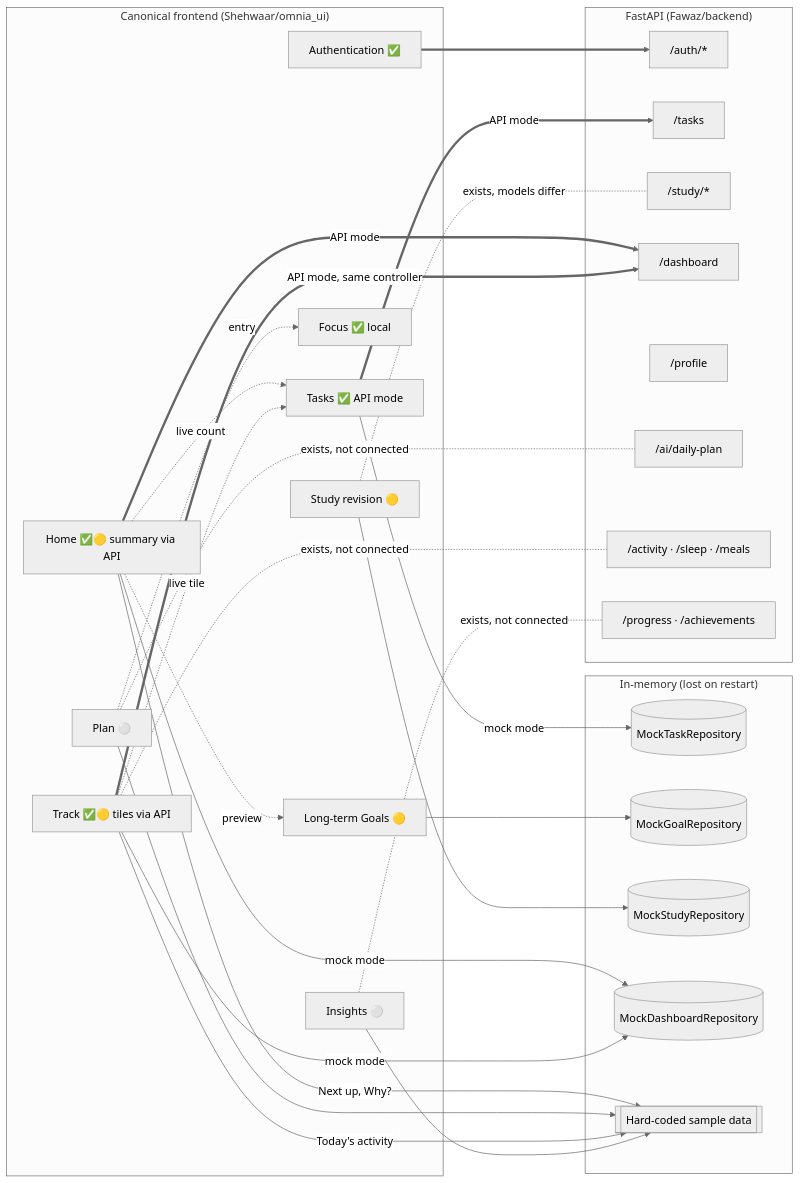
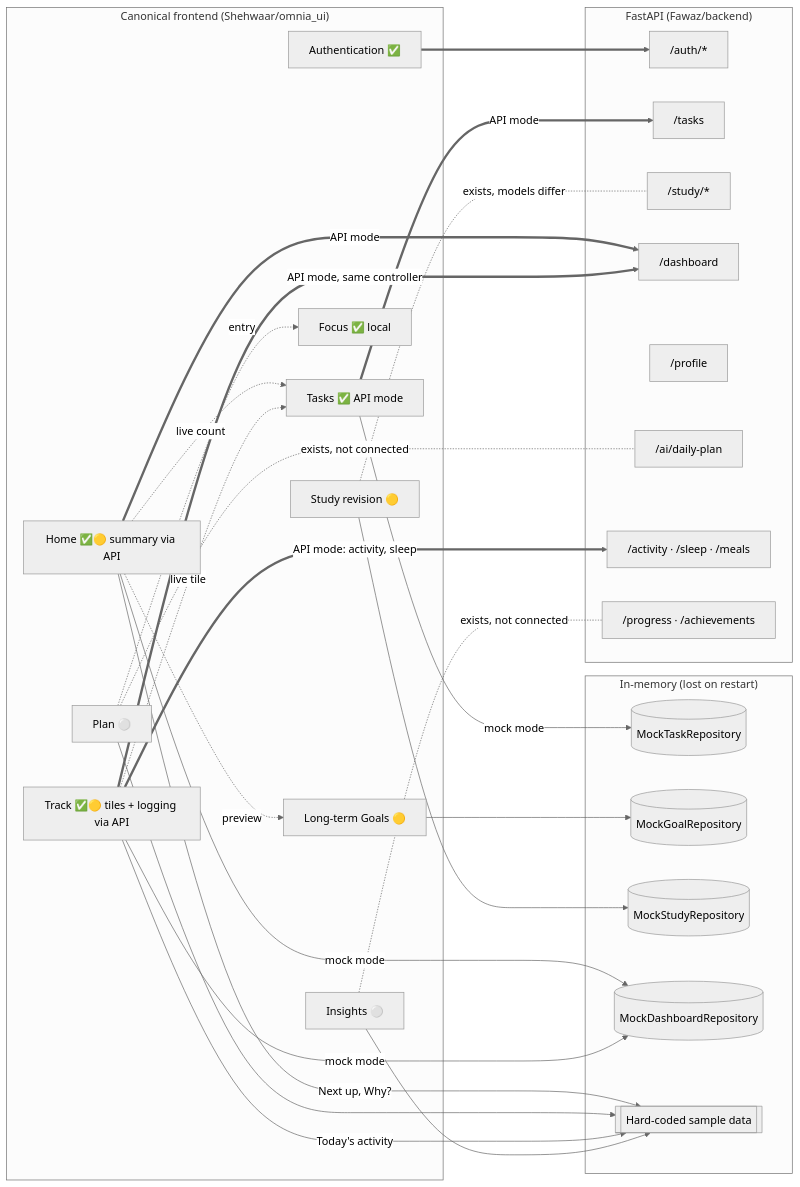
Before and after one commit to Gaoher-1207/omnia: the diagram in docs/omnia-vault/Current Status.md, drawn with Mermaid (neutral theme). The commit also changed other lines of this file and 33 other files, not shown here.

Commit message:
Integrate activity and sleep logging

````diff
--- a/docs/omnia-vault/Current Status.md
+++ b/docs/omnia-vault/Current Status.md
@@ -17,54 +17,54 @@
 ```mermaid
 flowchart LR
     subgraph FE["Canonical frontend (Shehwaar/omnia_ui)"]
         AUTH["Authentication ✅"]
         TASKS["Tasks ✅ API mode"]
         GOALS["Long-term Goals 🟡"]
         FOCUS["Focus ✅ local"]
         STUDY["Study revision 🟡"]
         HOME["Home ✅🟡 summary via API"]
         PLAN["Plan ⚪"]
-        TRACK["Track ✅🟡 tiles via API"]
+        TRACK["Track ✅🟡 tiles + logging via API"]
         INS["Insights ⚪"]
     end
     subgraph Local["In-memory (lost on restart)"]
         MT[(MockTaskRepository)]
         MG[(MockGoalRepository)]
         MS[(MockStudyRepository)]
         MD[(MockDashboardRepository)]
         SD[["Hard-coded sample data"]]
     end
     subgraph BE["FastAPI (Fawaz/backend)"]
         A1["/auth/*"]
         T1["/tasks"]
         S1["/study/*"]
         D1["/dashboard"]
         PF["/profile"]
         P1["/ai/daily-plan"]
         TR["/activity · /sleep · /meals"]
         PR["/progress · /achievements"]
     end
 
     AUTH ==> A1
     TASKS -->|mock mode| MT
     TASKS ==>|API mode| T1
     GOALS --> MG
     STUDY --> MS
     HOME -->|mock mode| MD
     HOME ==>|API mode| D1
     HOME -->|Next up, Why?| SD
     PLAN --> SD
     TRACK -->|mock mode| MD
     TRACK ==>|API mode, same controller| D1
     TRACK -->|Today's activity| SD
     INS --> SD
     HOME -.->|live count| TASKS
     HOME -.->|preview| GOALS
     TRACK -.->|live tile| TASKS
     PLAN -.->|entry| FOCUS
 
     STUDY -.-|exists, models differ| S1
     PLAN -.-|exists, not connected| P1
-    TRACK -.-|exists, not connected| TR
+    TRACK ==>|API mode: activity, sleep| TR
     INS -.-|exists, not connected| PR
 ```
````
